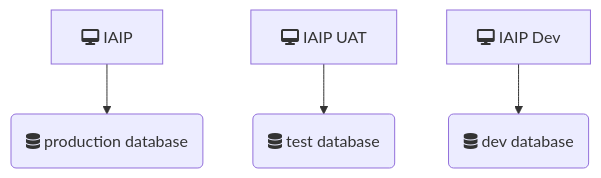
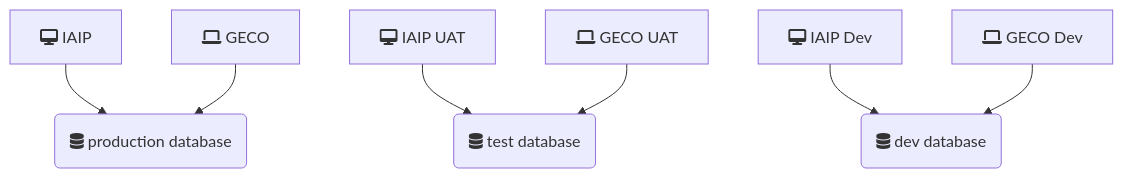
The diagram in www/dev/index.md (gaepdit/iaip), drawn with Mermaid before and after one commit. The commit also changed 3 other files, not shown here.

Commit message:
Add GECO to UAT/Dev IAIP diagrams

```diff
--- a/www/dev/index.md
+++ b/www/dev/index.md
@@ -15,6 +15,9 @@
 <pre class="mermaid">
 graph TD;
     A[fa:fa-desktop IAIP] --> B(fa:fa-database production database);
+    G[fa:fa-laptop GECO] --> B;
     C[fa:fa-desktop IAIP UAT] --> D(fa:fa-database test database);
+    H[fa:fa-laptop GECO UAT] --> D;
     E[fa:fa-desktop IAIP Dev] --> F(fa:fa-database dev database);
+    I[fa:fa-laptop GECO Dev] --> F;
 </pre>
```
